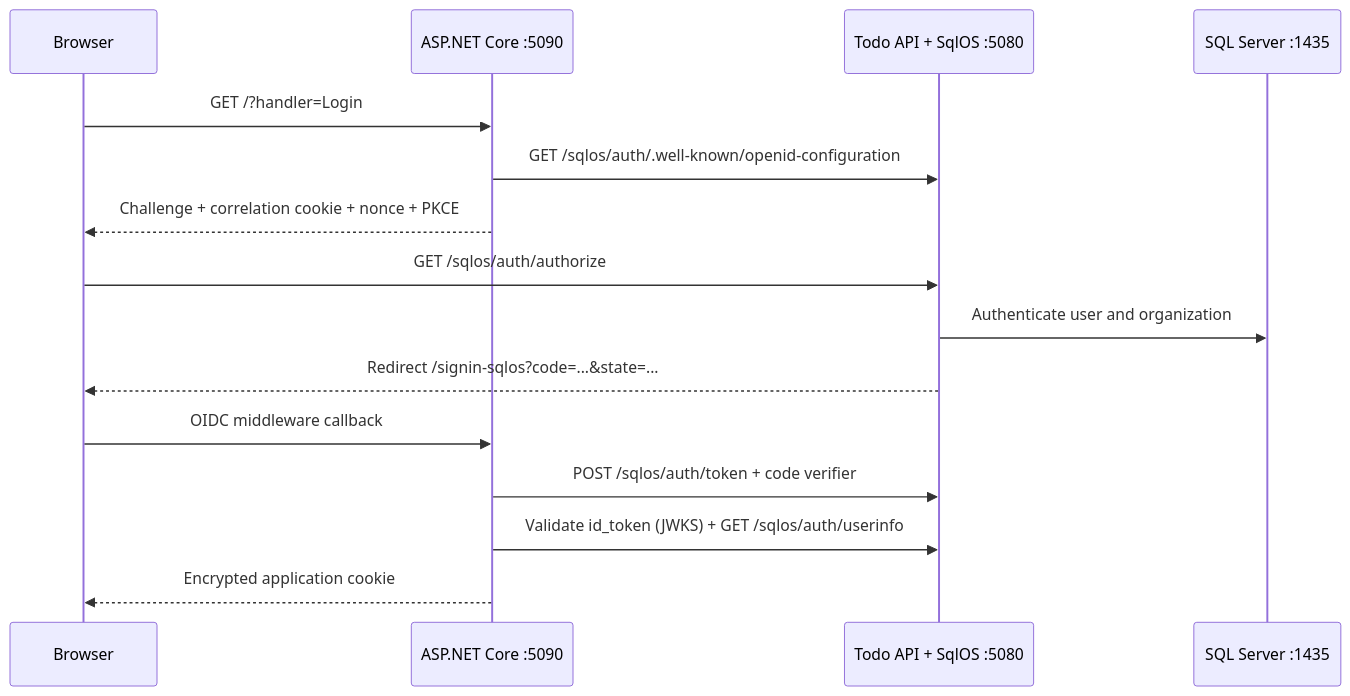
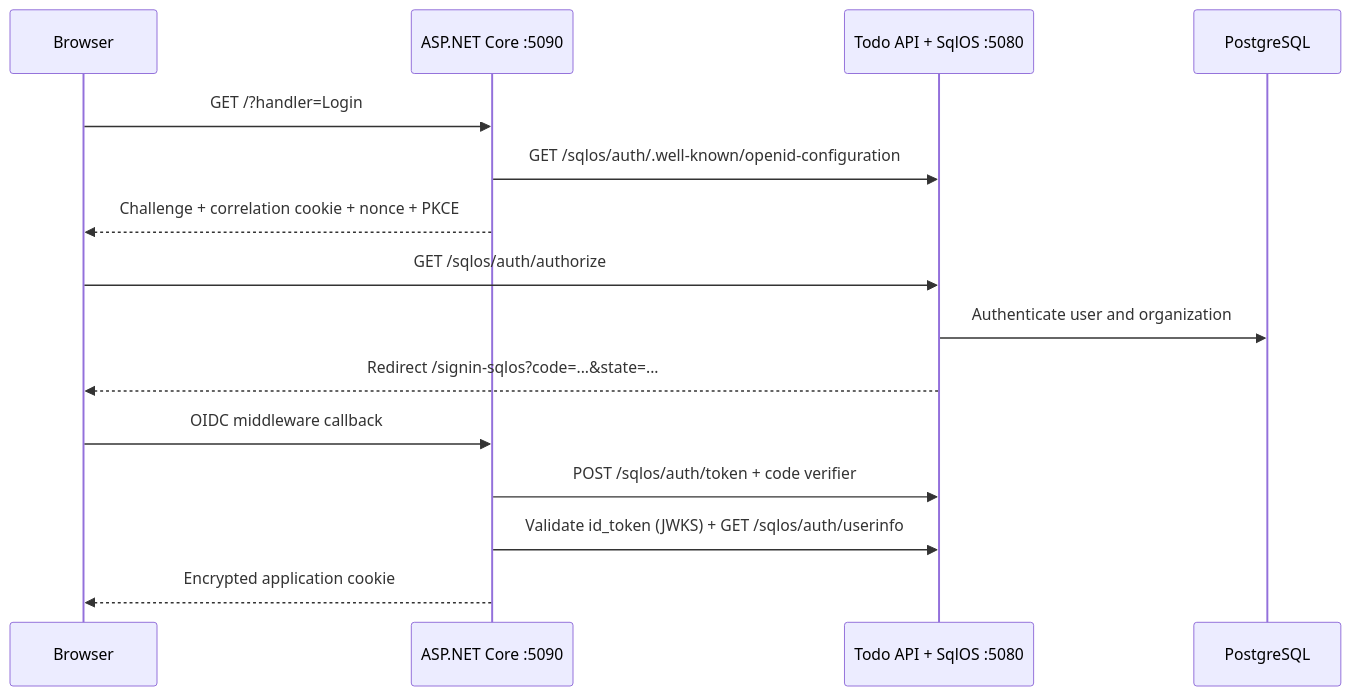
The diagram in examples/SqlOS.Example.AspNetCoreWeb/README.md (ross-slaney/sqlzibar), drawn with Mermaid before and after one commit. The commit also changed other lines of this file and 17 other files, not shown here.

First line of the commit message:
Keep SQL Server MFA device lockout keys stable and stop flipping the process-wide Npgsql timestamp switch for SQL Server hosts.

````diff
--- a/examples/SqlOS.Example.AspNetCoreWeb/README.md
+++ b/examples/SqlOS.Example.AspNetCoreWeb/README.md
@@ -43,18 +43,18 @@
 ```mermaid
 sequenceDiagram
     participant Browser
     participant Web as ASP.NET Core :5090
     participant SqlOS as Todo API + SqlOS :5080
-    participant DB as SQL Server :1435
+    participant DB as PostgreSQL
 
     Browser->>Web: GET /?handler=Login
     Web->>SqlOS: GET /sqlos/auth/.well-known/openid-configuration
     Web-->>Browser: Challenge + correlation cookie + nonce + PKCE
     Browser->>SqlOS: GET /sqlos/auth/authorize
     SqlOS->>DB: Authenticate user and organization
     SqlOS-->>Browser: Redirect /signin-sqlos?code=...&state=...
     Browser->>Web: OIDC middleware callback
     Web->>SqlOS: POST /sqlos/auth/token + code verifier
     Web->>SqlOS: Validate id_token (JWKS) + GET /sqlos/auth/userinfo
     Web-->>Browser: Encrypted application cookie
 ```
````
